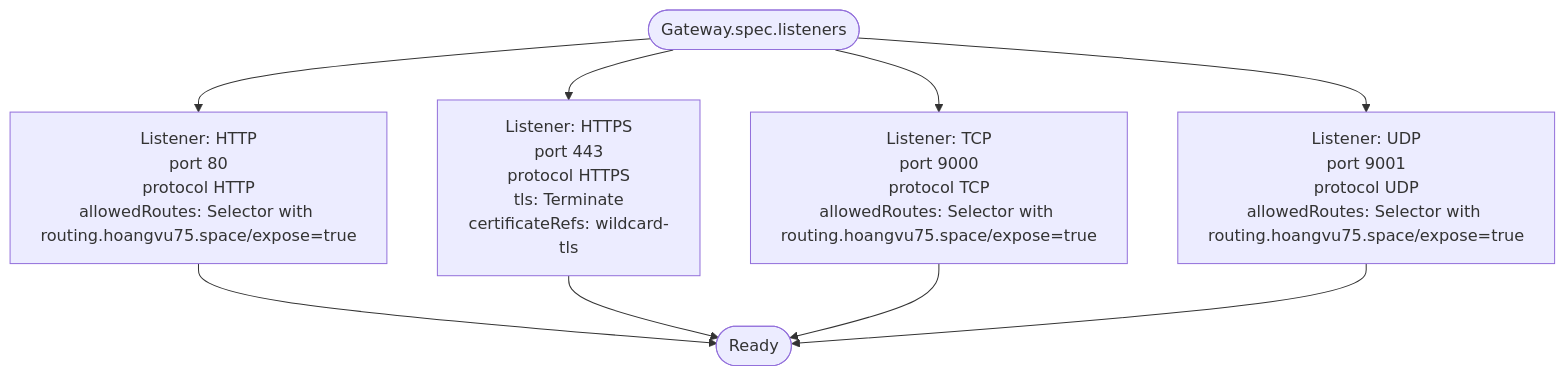
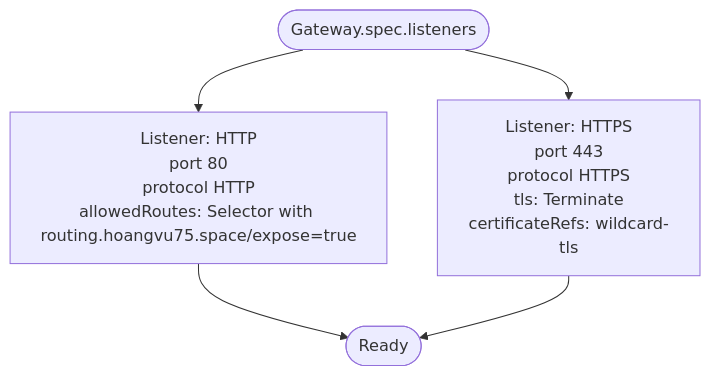
The third of 12 diagrams in .qoder/repowiki/en/content/Infrastructure Applications/Gateway API Controller.md (Hoangvu75/k8s_manifest), drawn with Mermaid before and after one commit. The commit also changed other lines of this file and 10 other files, not shown here.

````diff
--- a/.qoder/repowiki/en/content/Infrastructure Applications/Gateway API Controller.md
+++ b/.qoder/repowiki/en/content/Infrastructure Applications/Gateway API Controller.md
@@ -196,11 +186,7 @@
 ```mermaid
 flowchart TD
 Start(["Gateway.spec.listeners"]) --> HTTP["Listener: HTTP<br/>port 80<br/>protocol HTTP<br/>allowedRoutes: Selector with routing.hoangvu75.space/expose=true"]
 Start --> HTTPS["Listener: HTTPS<br/>port 443<br/>protocol HTTPS<br/>tls: Terminate<br/>certificateRefs: wildcard-tls"]
-Start --> TCP["Listener: TCP<br/>port 9000<br/>protocol TCP<br/>allowedRoutes: Selector with routing.hoangvu75.space/expose=true"]
-Start --> UDP["Listener: UDP<br/>port 9001<br/>protocol UDP<br/>allowedRoutes: Selector with routing.hoangvu75.space/expose=true"]
 HTTP --> End(["Ready"])
 HTTPS --> End
-TCP --> End
-UDP --> End
 ```
````
